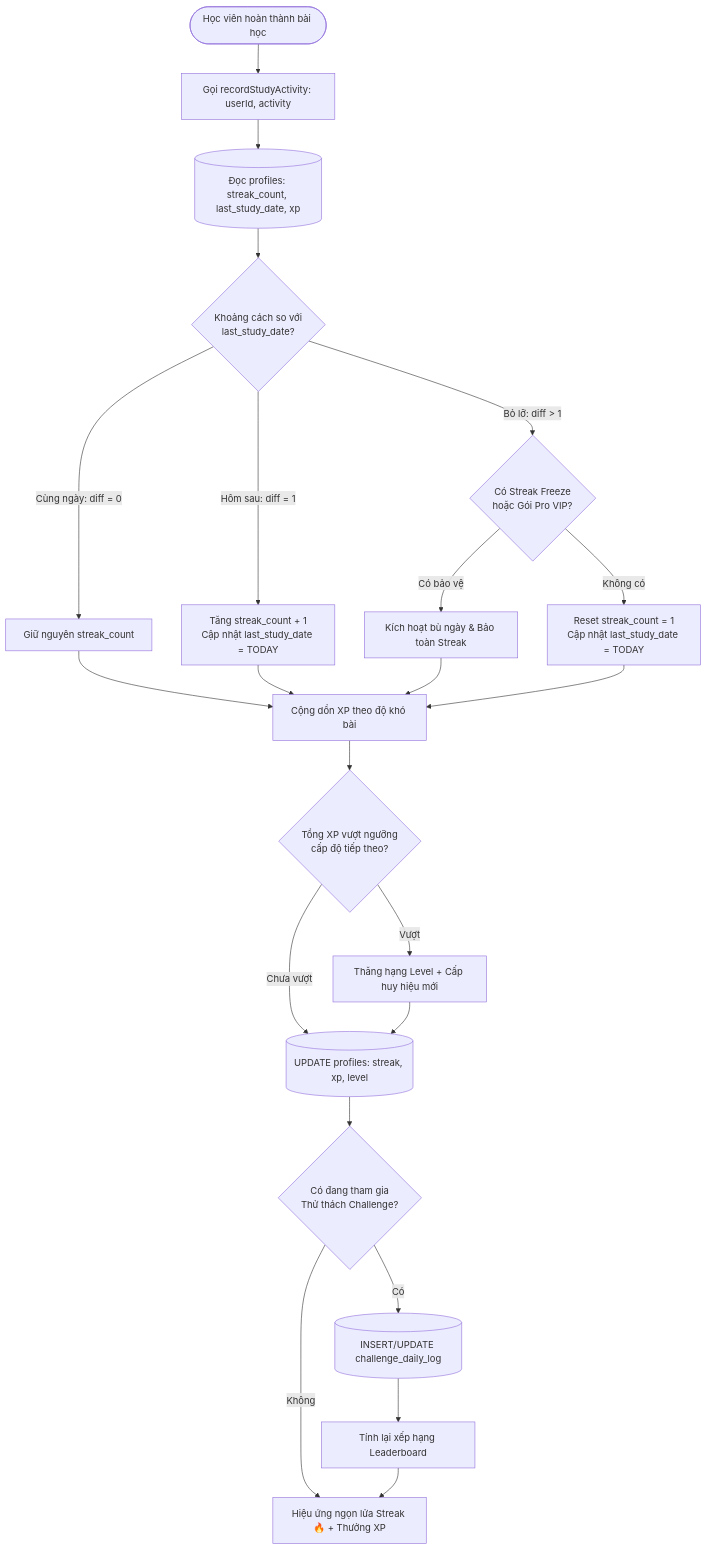
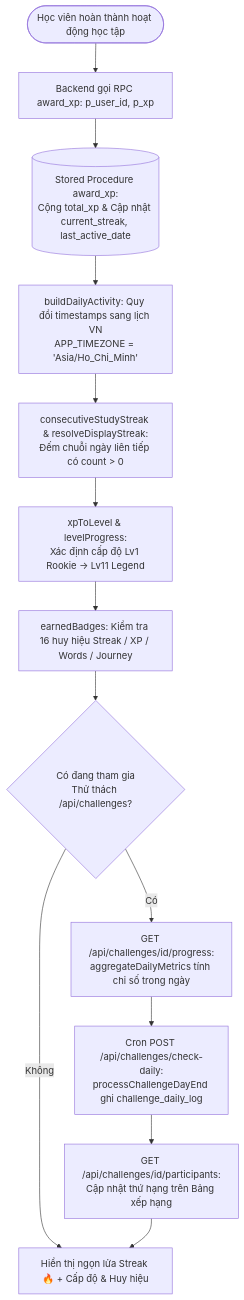
One commit to FengProfessor/Vocab changed the first of 3 diagrams in agent/docs/SRS_08_GAMIFICATION_CHALLENGES.md. Above: the diagram before and after it, drawn with Mermaid. The commit also changed other lines of this file and 15 other files, not shown here.

Commit message:
docs(srs): complete 15 full-project SRS use cases and flow limitation audit

````diff
--- a/agent/docs/SRS_08_GAMIFICATION_CHALLENGES.md
+++ b/agent/docs/SRS_08_GAMIFICATION_CHALLENGES.md
@@ -33,30 +40,19 @@
 ```mermaid
 flowchart TD
-    Start([Học viên hoàn thành bài học]) --> TriggerGame[Gọi recordStudyActivity: userId, activity]
-    TriggerGame --> GetProfile[(Đọc profiles: streak_count, last_study_date, xp)]
-    GetProfile --> DateCheck{Khoảng cách so với<br/>last_study_date?}
+    Start([Học viên hoàn thành hoạt động học tập]) --> TriggerXP[Backend gọi RPC award_xp: p_user_id, p_xp]
+    TriggerXP --> AtomicDB[(Stored Procedure award_xp:<br/>Cộng total_xp & Cập nhật current_streak, last_active_date)]
     
-    %% Xử lý Streak
-    DateCheck -->|Cùng ngày: diff = 0| KeepStreak[Giữ nguyên streak_count]
-    DateCheck -->|Hôm sau: diff = 1| IncStreak[Tăng streak_count + 1<br/>Cập nhật last_study_date = TODAY]
-    DateCheck -->|Bỏ lỡ: diff > 1| StreakBroken{Có Streak Freeze<br/>hoặc Gói Pro VIP?}
-    StreakBroken -->|Có bảo vệ| SaveStreak[Kích hoạt bù ngày & Bảo toàn Streak]
-    StreakBroken -->|Không có| ResetStreak[Reset streak_count = 1<br/>Cập nhật last_study_date = TODAY]
-    
-    KeepStreak --> AddXP[Cộng dồn XP theo độ khó bài]
-    IncStreak --> AddXP
-    SaveStreak --> AddXP
-    ResetStreak --> AddXP
-    
-    AddXP --> LevelCheck{Tổng XP vượt ngưỡng<br/>cấp độ tiếp theo?}
-    LevelCheck -->|Vượt| LevelUp[Thăng hạng Level + Cấp huy hiệu mới]
-    LevelCheck -->|Chưa vượt| SaveGameDB[(UPDATE profiles: streak, xp, level)]
-    LevelUp --> SaveGameDB
+    %% Tính toán hiển thị Streak & Level
+    AtomicDB --> BuildActivity[buildDailyActivity: Quy đổi timestamps sang lịch VN<br/>APP_TIMEZONE = 'Asia/Ho_Chi_Minh']
+    BuildActivity --> CalcStreak[consecutiveStudyStreak & resolveDisplayStreak:<br/>Đếm chuỗi ngày liên tiếp có count > 0]
+    CalcStreak --> CalcLevel[xpToLevel & levelProgress:<br/>Xác định cấp độ Lv1 Rookie -> Lv11 Legend]
+    CalcLevel --> CheckBadges[earnedBadges: Kiểm tra 16 huy hiệu Streak / XP / Words / Journey]
     
     %% Đồng bộ Thử thách & Leaderboard
-    SaveGameDB --> CheckChallengePart{Có đang tham gia<br/>Thử thách Challenge?}
-    CheckChallengePart -->|Không| ShowStreakEffect[Hiệu ứng ngọn lửa Streak 🔥 + Thưởng XP]
-    CheckChallengePart -->|Có| LogChallenge[(INSERT/UPDATE challenge_daily_log)]
-    LogChallenge --> ReRank[Tính lại xếp hạng Leaderboard]
-    ReRank --> ShowStreakEffect
+    CheckBadges --> CheckChallengePart{Có đang tham gia<br/>Thử thách /api/challenges?}
+    CheckChallengePart -->|Không| ShowStreakEffect[Hiển thị ngọn lửa Streak 🔥 + Cấp độ & Huy hiệu]
+    CheckChallengePart -->|Có| LiveMetrics[GET /api/challenges/id/progress:<br/>aggregateDailyMetrics tính chỉ số trong ngày]
+    LiveMetrics --> CronEndDay[Cron POST /api/challenges/check-daily:<br/>processChallengeDayEnd ghi challenge_daily_log]
+    CronEndDay --> LeaderboardAPI[GET /api/challenges/id/participants:<br/>Cập nhật thứ hạng trên Bảng xếp hạng]
+    LeaderboardAPI --> ShowStreakEffect
 ```
````
